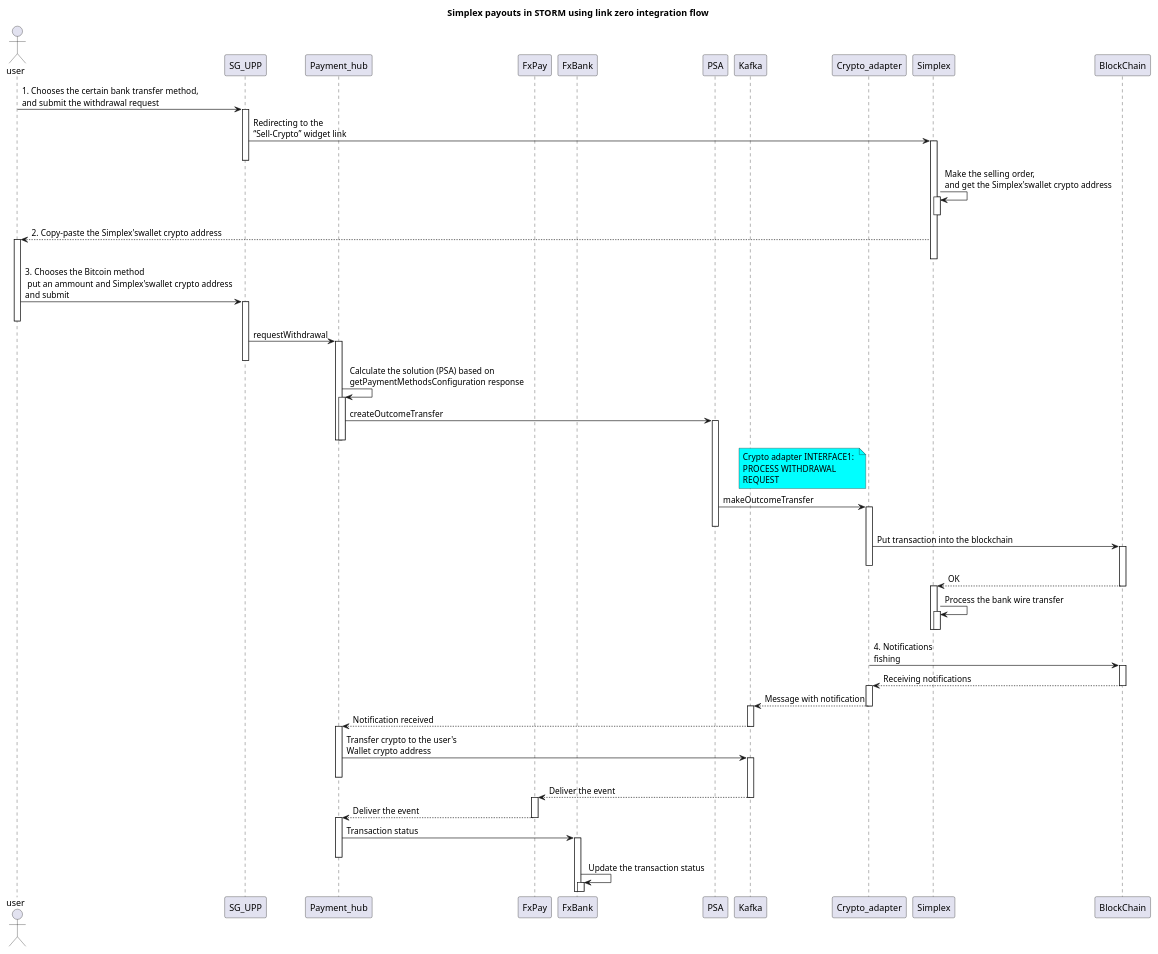
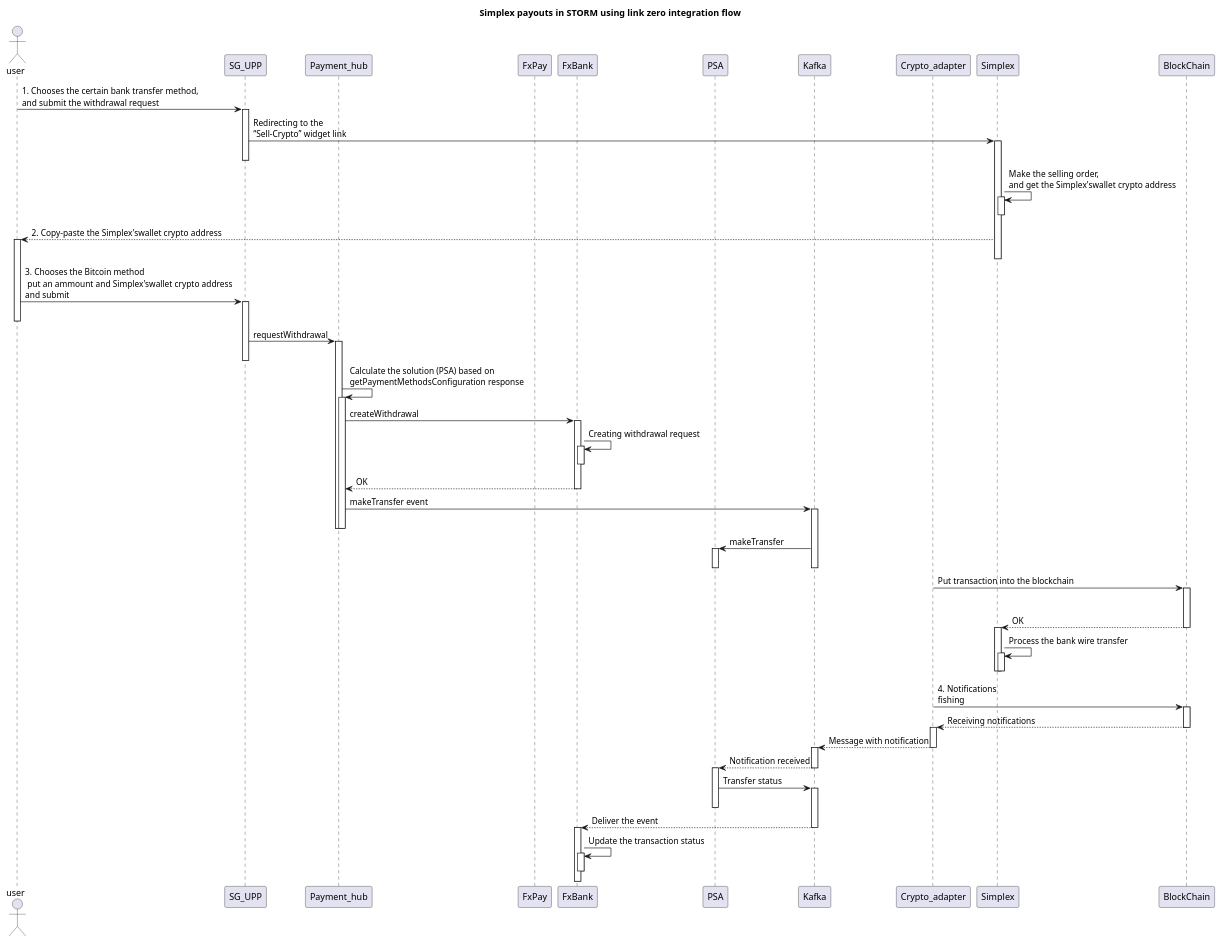
The diagram in UML practice/docs/diagrams/src/OMEGA-109 Simplex zero integration/pocessFlow.wsd (milovdg/UMLPractice), drawn with PlantUML before and after one commit. The commit also changed 2 other files, not shown here.

```diff
--- a/UML practice/docs/diagrams/src/OMEGA-109 Simplex zero integration/pocessFlow.wsd
+++ b/UML practice/docs/diagrams/src/OMEGA-109 Simplex zero integration/pocessFlow.wsd
@@ -1,75 +1,78 @@
 @startuml
 
 title Simplex payouts in STORM using link zero integration flow 
 
 actor user
 participant SG_UPP
 participant Payment_hub
 participant FxPay
 participant FxBank
 participant PSA
 participant Kafka
 participant Crypto_adapter
 participant Simplex
 participant BlockChain
 
 user -> SG_UPP ++: 1. Chooses the certain bank transfer method, \nand submit the withdrawal request
 
 SG_UPP -> Simplex ++: Redirecting to the \n“Sell-Crypto” widget link
+deactivate PSA
 deactivate SG_UPP
 
 Simplex -> Simplex ++: Make the selling order, \nand get the Simplex'swallet crypto address 
 deactivate Simplex
 
 user <-- Simplex ++: 2. Copy-paste the Simplex'swallet crypto address
 deactivate Simplex
 deactivate Simplex
 
 user -> SG_UPP ++: 3. Chooses the Bitcoin method \n put an ammount and Simplex'swallet crypto address \nand submit
 deactivate user
 
 SG_UPP -> Payment_hub ++: requestWithdrawal
 deactivate SG_UPP
 Payment_hub -> Payment_hub ++: Calculate the solution (PSA) based on \ngetPaymentMethodsConfiguration response
-Payment_hub -> PSA ++: createOutcomeTransfer
+Payment_hub -> FxBank ++: createWithdrawal
+FxBank -> FxBank ++: Creating withdrawal request
+deactivate FxBank
+FxBank --> Payment_hub --: OK
+Payment_hub -> Kafka ++: makeTransfer event
 deactivate Payment_hub
 deactivate Payment_hub
 
-note left of Crypto_adapter #Aqua : Crypto adapter INTERFACE1: \nPROCESS WITHDRAWAL \nREQUEST
-PSA -> Crypto_adapter ++: makeOutcomeTransfer
+Kafka -> PSA ++: makeTransfer
+deactivate Kafka
 deactivate PSA
 
 Crypto_adapter -> BlockChain ++: Put transaction into the blockchain
 deactivate Crypto_adapter
 
 BlockChain --> Simplex --: OK
 activate Simplex
 deactivate BlockChain
 Simplex -> Simplex ++: Process the bank wire transfer
 deactivate Simplex
 deactivate Crypto_adapter
 
 deactivate Simplex
 deactivate BlockChain
 
 Crypto_adapter -> BlockChain ++: 4. Notifications \nfishing
 
 Crypto_adapter <-- BlockChain --: Receiving notifications
 activate Crypto_adapter
 deactivate BlockChain
 Crypto_adapter --> Kafka --: Message with notification
 activate Kafka
-Kafka --> Payment_hub --: Notification received
-activate Payment_hub
-Payment_hub -> Kafka ++: Transfer crypto to the user's \nWallet crypto address
-deactivate Payment_hub
 
-Kafka --> FxPay --: Deliver the event
-activate FxPay
-FxPay --> Payment_hub  --: Deliver the event
-activate Payment_hub
-Payment_hub -> FxBank ++: Transaction status
-deactivate Payment_hub
+Kafka --> PSA --: Notification received
+activate PSA
+PSA -> Kafka ++: Transfer status
+deactivate PSA
+
+Kafka --> FxBank --: Deliver the event
+activate FxBank
 FxBank -> FxBank ++: Update the transaction status
+deactivate FxBank
 
 @enduml
```
